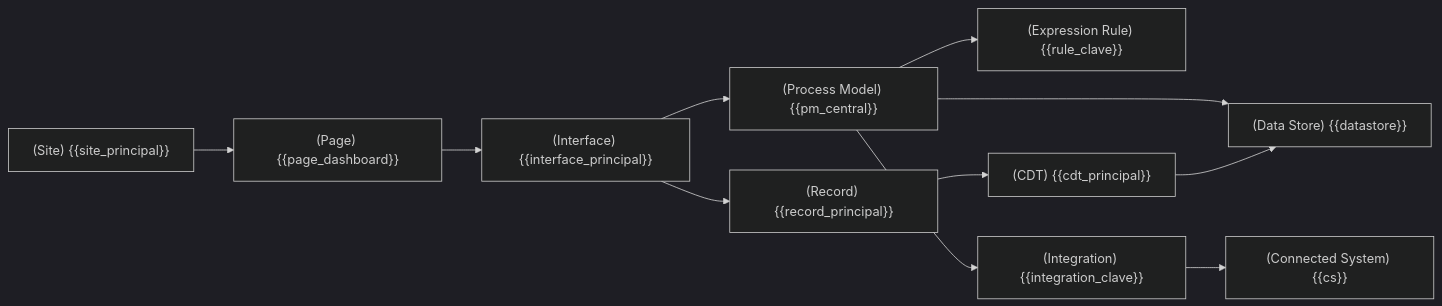
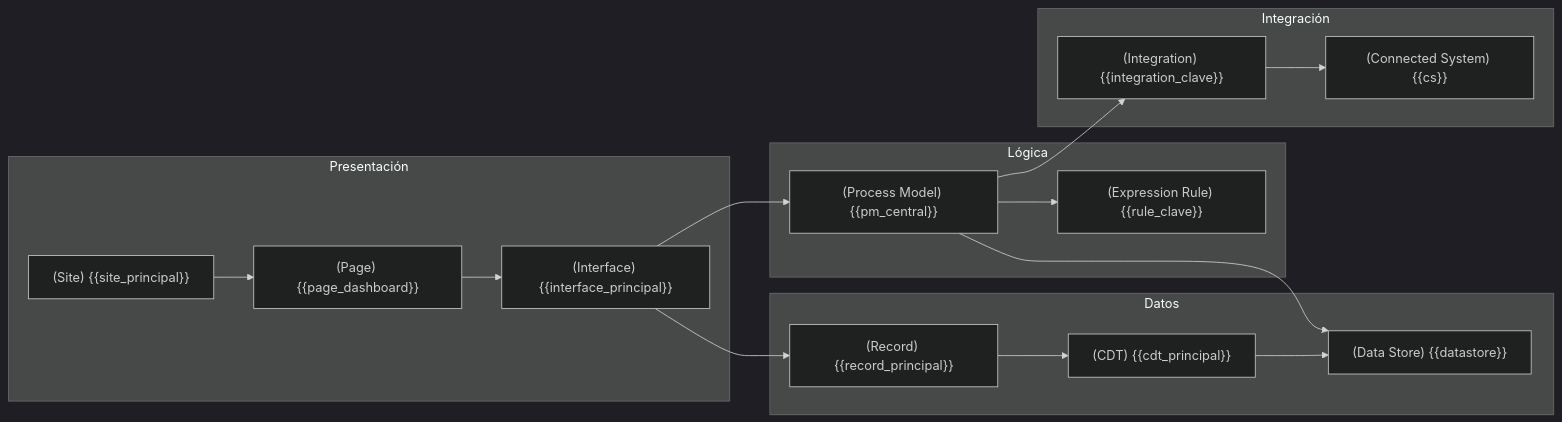
One commit to raulogm077/Analista-Funcional-Appian changed the diagram in skills/appian-reverse-engineering/assets/markdown-templates/02-arquitectura.md. Above: the diagram before and after it, drawn with Mermaid (dark theme). The commit also changed other lines of this file and 15 other files, not shown here.

````diff
--- a/skills/appian-reverse-engineering/assets/markdown-templates/02-arquitectura.md
+++ b/skills/appian-reverse-engineering/assets/markdown-templates/02-arquitectura.md
@@ -15,31 +19,32 @@
 ```mermaid
 flowchart LR
-  %% Presentación
-  N1["(Site) {{site_principal}}"]
-  N2["(Page) {{page_dashboard}}"]
-  N3["(Interface) {{interface_principal}}"]
-
-  %% Lógica
-  N4["(Process Model) {{pm_central}}"]
-  N5["(Expression Rule) {{rule_clave}}"]
-
-  %% Datos
-  N6["(Record) {{record_principal}}"]
-  N7["(CDT) {{cdt_principal}}"]
-  N8["(Data Store) {{datastore}}"]
-
-  %% Integración
-  N9["(Integration) {{integration_clave}}"]
-  N10["(Connected System) {{cs}}"]
+  subgraph CP["Presentación"]
+    N1["(Site) {{site_principal}}"]
+    N2["(Page) {{page_dashboard}}"]
+    N3["(Interface) {{interface_principal}}"]
+  end
+  subgraph CL["Lógica"]
+    N4["(Process Model) {{pm_central}}"]
+    N5["(Expression Rule) {{rule_clave}}"]
+  end
+  subgraph CD["Datos"]
+    N6["(Record) {{record_principal}}"]
+    N7["(CDT) {{cdt_principal}}"]
+    N8["(Data Store) {{datastore}}"]
+  end
+  subgraph CI["Integración"]
+    N9["(Integration) {{integration_clave}}"]
+    N10["(Connected System) {{cs}}"]
+  end
 
   N1 --> N2
   N2 --> N3
   N3 --> N4
   N3 --> N6
   N4 --> N5
   N4 --> N8
   N4 --> N9
   N6 --> N7
   N7 --> N8
   N9 --> N10
 ```
````
